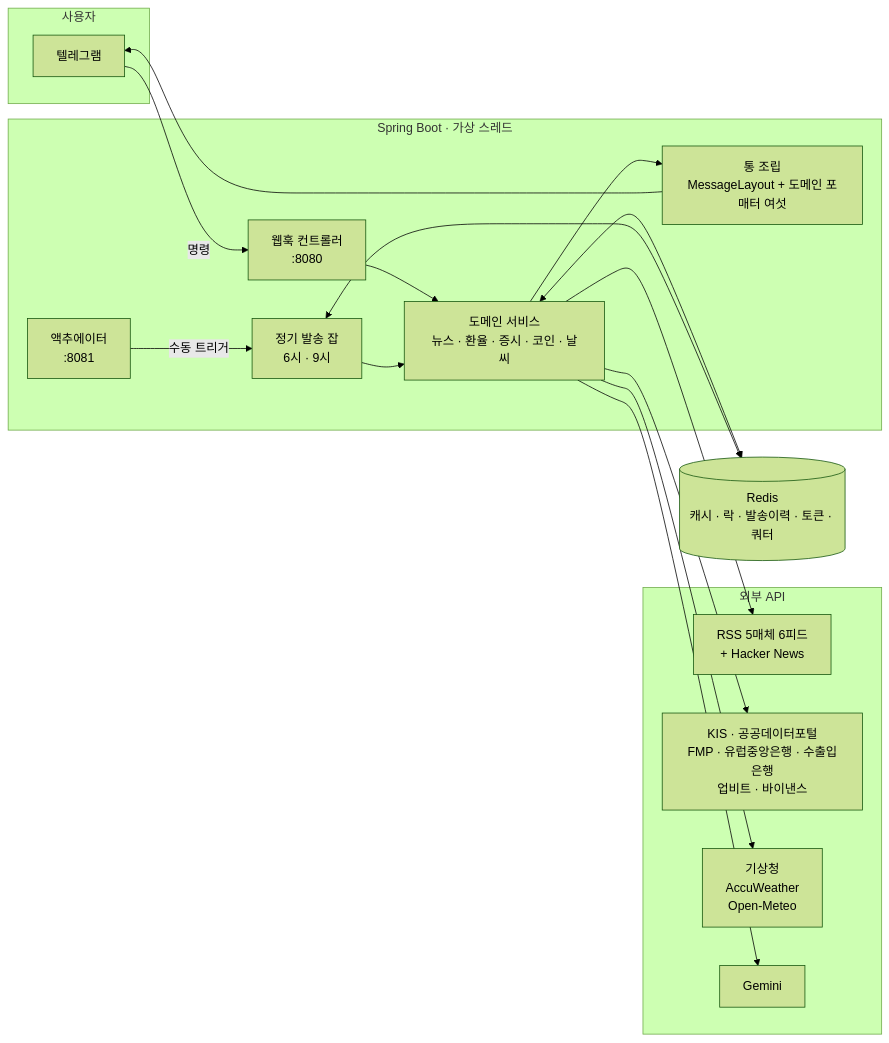
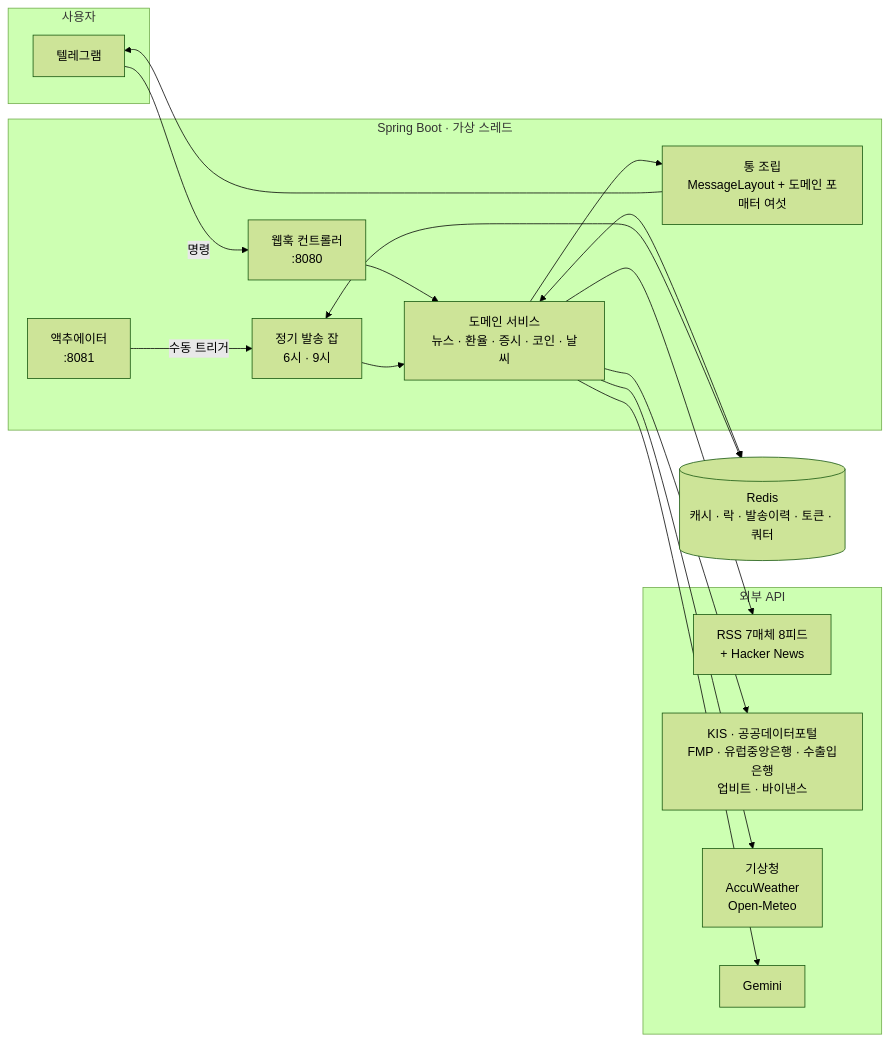
One commit to zero3402/economy-helper changed the first of 4 diagrams in ARCHITECTURE.md. Above: the diagram before and after it, drawn with Mermaid (forest theme). The commit also changed other lines of this file and 24 other files, not shown here.

````diff
--- a/ARCHITECTURE.md
+++ b/ARCHITECTURE.md
@@ -99,31 +99,31 @@
 ```mermaid
 flowchart LR
     subgraph 사용자
       TG[텔레그램]
     end
 
     subgraph 앱 [Spring Boot · 가상 스레드]
       WH[웹훅 컨트롤러<br/>:8080]
       JOB[정기 발송 잡<br/>6시 · 9시]
       ACT[액추에이터<br/>:8081]
       SVC[도메인 서비스<br/>뉴스 · 환율 · 증시 · 코인 · 날씨]
       FMT[통 조립<br/>MessageLayout + 도메인 포매터 여섯]
     end
 
     R[(Redis<br/>캐시 · 락 · 발송이력 · 토큰 · 쿼터)]
 
     subgraph 밖 [외부 API]
-      N[RSS 5매체 6피드<br/>+ Hacker News]
+      N[RSS 7매체 8피드<br/>+ Hacker News]
       M[KIS · 공공데이터포털<br/>FMP · 유럽중앙은행 · 수출입은행<br/>업비트 · 바이낸스]
       W[기상청<br/>AccuWeather<br/>Open-Meteo]
       G[Gemini]
     end
 
     TG -->|명령| WH --> SVC
     JOB --> SVC
     ACT -->|수동 트리거| JOB
     SVC --> FMT --> TG
     SVC <--> R
     JOB <--> R
     SVC --> N & M & W & G
 ```
````
